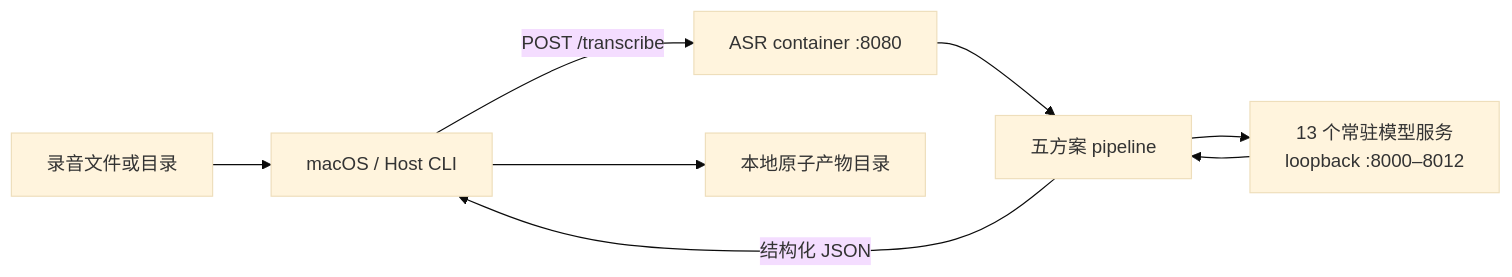
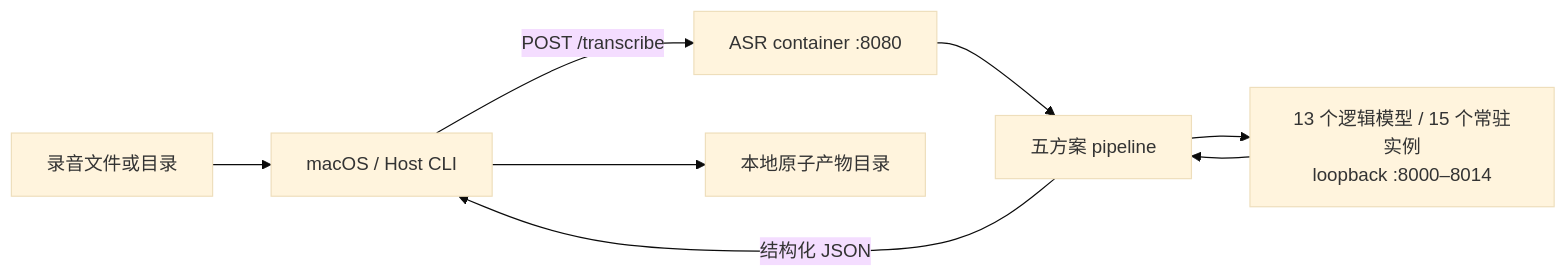
The first of 3 diagrams in platform/container/services/asr/DESIGN.md (curoky/codespace), drawn with Mermaid (base theme) before and after one commit. The commit also changed other lines of this file and 79 other files, not shown here.

````diff
--- a/platform/container/services/asr/DESIGN.md
+++ b/platform/container/services/asr/DESIGN.md
@@ -7,10 +7,10 @@
 ```mermaid
 flowchart LR
     Input[录音文件或目录] --> CLI[macOS / Host CLI]
     CLI -->|POST /transcribe| API[ASR container :8080]
     API --> Pipeline[五方案 pipeline]
-    Pipeline --> Models[13 个常驻模型服务<br/>loopback :8000–8012]
+    Pipeline --> Models[13 个逻辑模型 / 15 个常驻实例<br/>loopback :8000–8014]
     Models --> Pipeline
     Pipeline -->|结构化 JSON| CLI
     CLI --> Output[本地原子产物目录]
 ```
````
